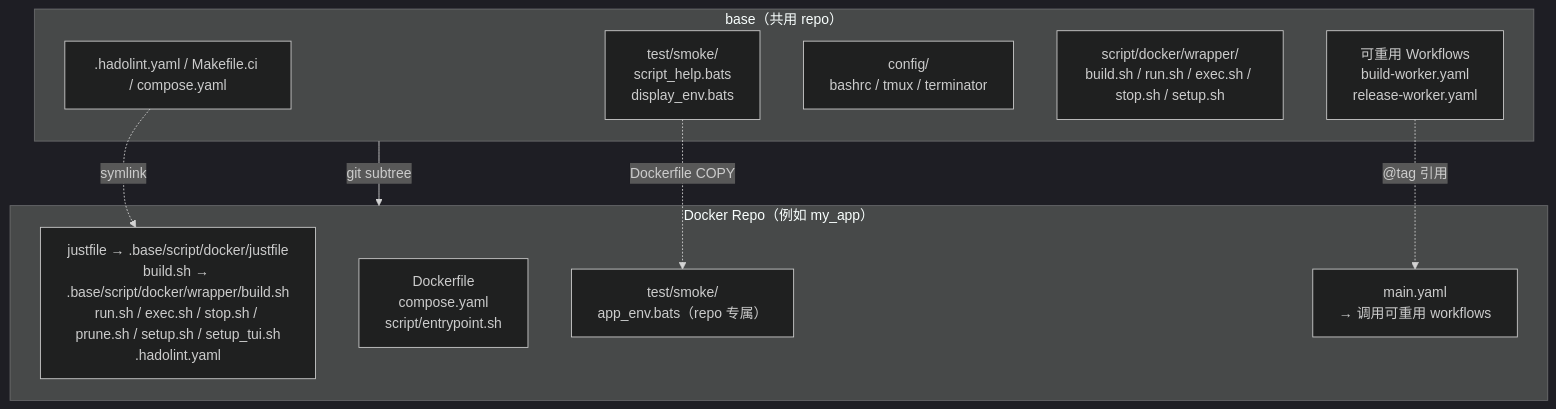
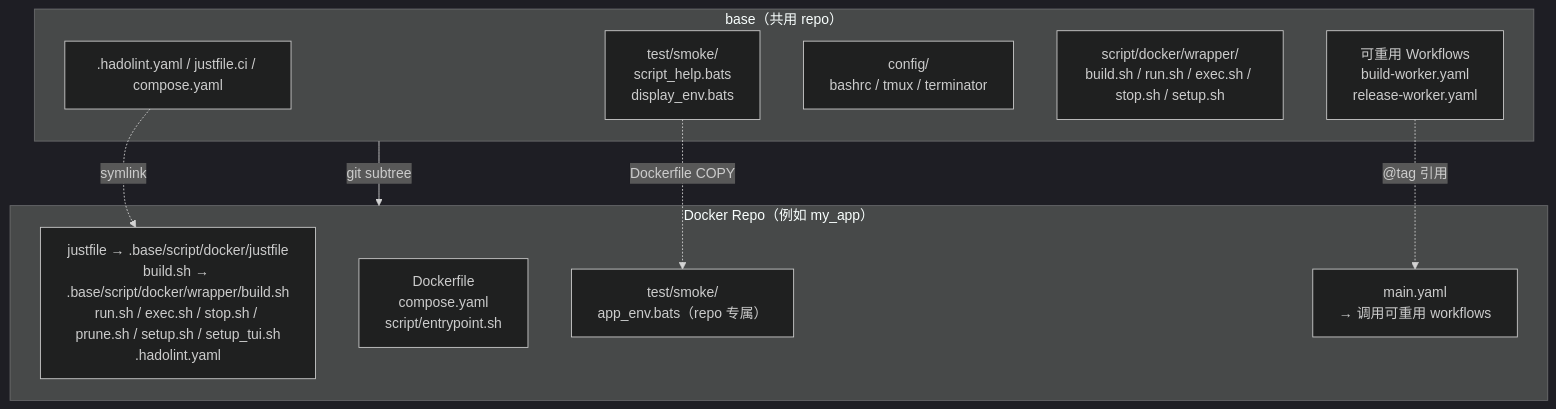
Before and after one commit to ycpss91255-docker/base: the first of 2 diagrams in doc/readme/README.zh-CN.md, drawn with Mermaid (dark theme). The commit also changed other lines of this file and 28 other files, not shown here.

First line of the commit message:
refactor(ci): retire Makefile.ci for justfile.ci, drop make as second runner (#578)

````diff
--- a/doc/readme/README.zh-CN.md
+++ b/doc/readme/README.zh-CN.md
@@ -79,22 +79,22 @@
 ```mermaid
 graph TB
     subgraph base["base（共用 repo）"]
-        scripts[".hadolint.yaml / Makefile.ci / compose.yaml"]
+        scripts[".hadolint.yaml / justfile.ci / compose.yaml"]
         smoke["test/smoke/<br/>script_help.bats<br/>display_env.bats"]
         config["config/<br/>bashrc / tmux / terminator"]
         mgmt["script/docker/wrapper/<br/>build.sh / run.sh / exec.sh / stop.sh / setup.sh"]
         workflows["可重用 Workflows<br/>build-worker.yaml<br/>release-worker.yaml"]
     end
 
     subgraph consumer["Docker Repo（例如 my_app）"]
         symlinks["justfile → .base/script/docker/justfile<br/>build.sh → .base/script/docker/wrapper/build.sh<br/>run.sh / exec.sh / stop.sh / prune.sh / setup.sh / setup_tui.sh<br/>.hadolint.yaml"]
         dockerfile["Dockerfile<br/>compose.yaml<br/>script/entrypoint.sh"]
         repo_test["test/smoke/<br/>app_env.bats（repo 专属）"]
         main_yaml["main.yaml<br/>→ 调用可重用 workflows"]
     end
 
     base -- "git subtree" --> consumer
     scripts -. "symlink" .-> symlinks
     smoke -. "Dockerfile COPY" .-> repo_test
     workflows -. "@tag 引用" .-> main_yaml
 ```
````
